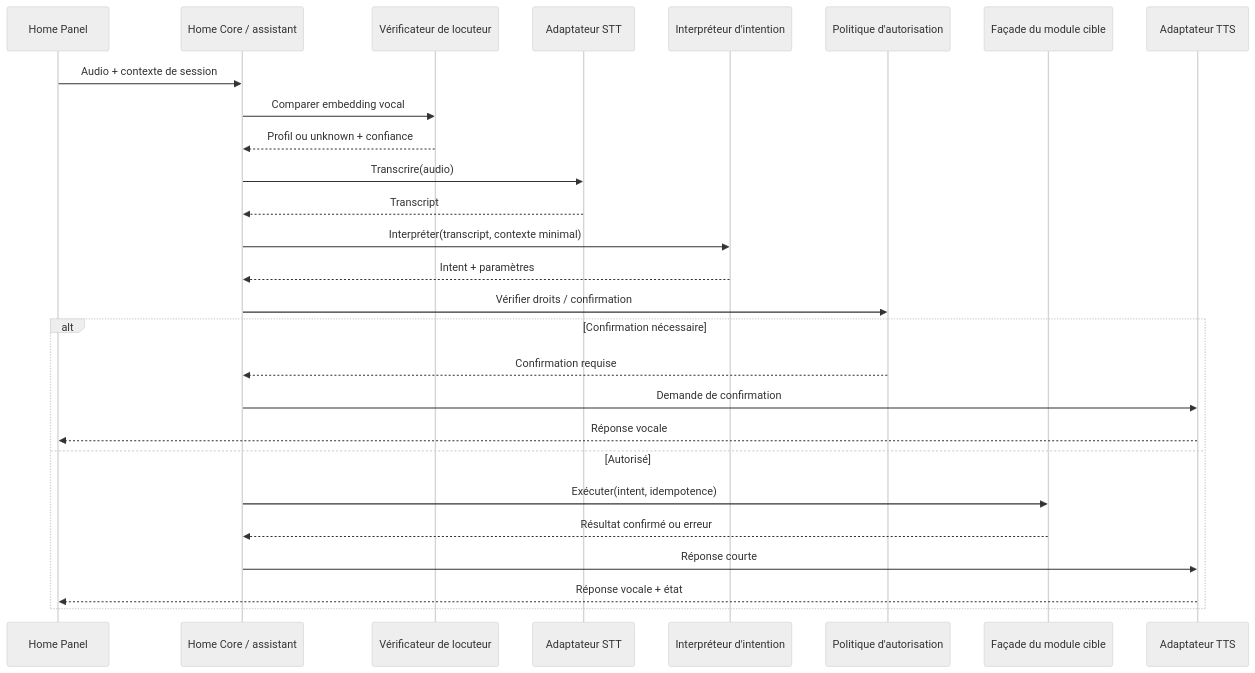
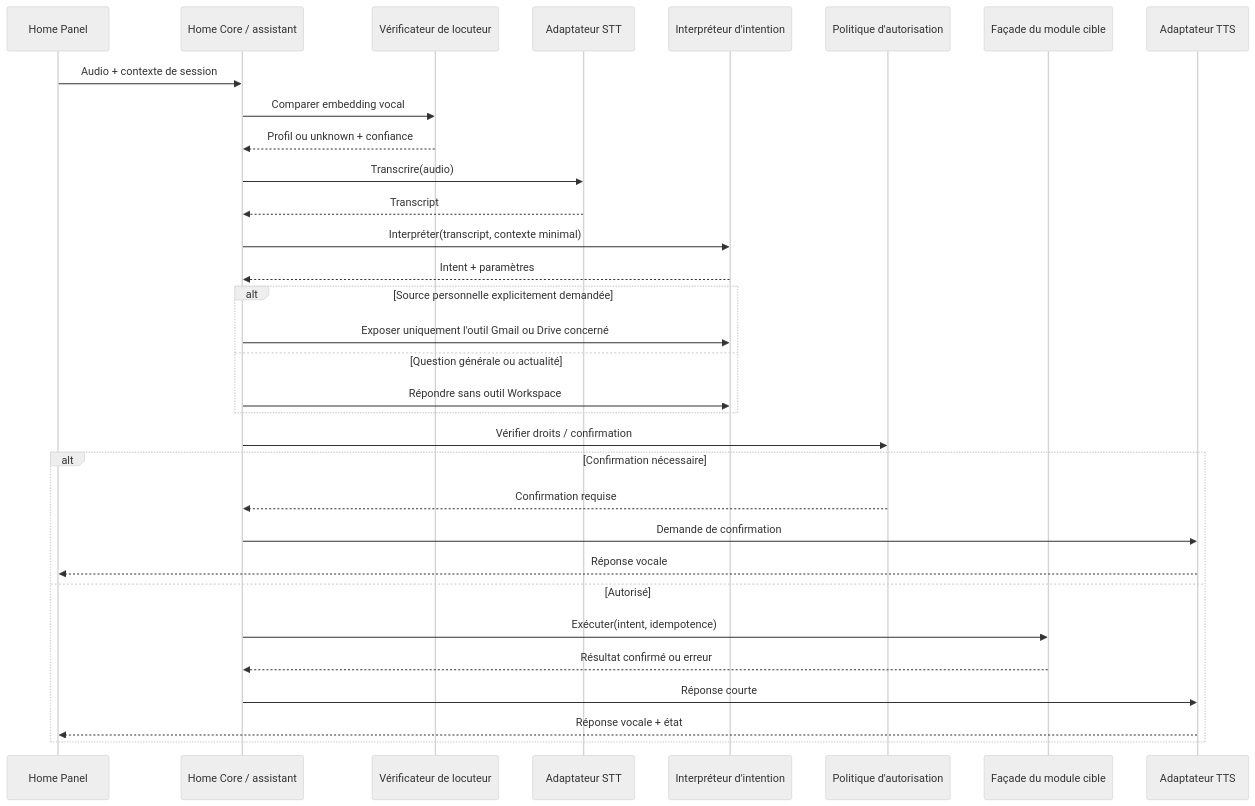
Before and after one commit to clementortiz134595/HOME-AI: the diagram in poles/technique/home-core/diagrammes/sequence-assistant-vocal-outil.mmd, drawn with Mermaid (neutral theme). The commit also changed 8 other files, not shown here.

```diff
--- a/poles/technique/home-core/diagrammes/sequence-assistant-vocal-outil.mmd
+++ b/poles/technique/home-core/diagrammes/sequence-assistant-vocal-outil.mmd
@@ -1,28 +1,33 @@
 sequenceDiagram
     participant Panel as Home Panel
     participant Core as Home Core / assistant
     participant Speaker as Vérificateur de locuteur
     participant STT as Adaptateur STT
     participant IA as Interpréteur d'intention
     participant Policy as Politique d'autorisation
     participant Tool as Façade du module cible
     participant TTS as Adaptateur TTS
 
     Panel->>Core: Audio + contexte de session
     Core->>Speaker: Comparer embedding vocal
     Speaker-->>Core: Profil ou unknown + confiance
     Core->>STT: Transcrire(audio)
     STT-->>Core: Transcript
     Core->>IA: Interpréter(transcript, contexte minimal)
     IA-->>Core: Intent + paramètres
+    alt Source personnelle explicitement demandée
+        Core->>IA: Exposer uniquement l'outil Gmail ou Drive concerné
+    else Question générale ou actualité
+        Core->>IA: Répondre sans outil Workspace
+    end
     Core->>Policy: Vérifier droits / confirmation
     alt Confirmation nécessaire
         Policy-->>Core: Confirmation requise
         Core->>TTS: Demande de confirmation
         TTS-->>Panel: Réponse vocale
     else Autorisé
         Core->>Tool: Exécuter(intent, idempotence)
         Tool-->>Core: Résultat confirmé ou erreur
         Core->>TTS: Réponse courte
         TTS-->>Panel: Réponse vocale + état
     end
```
